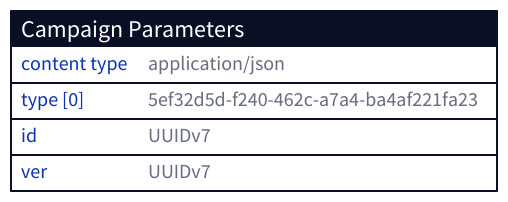
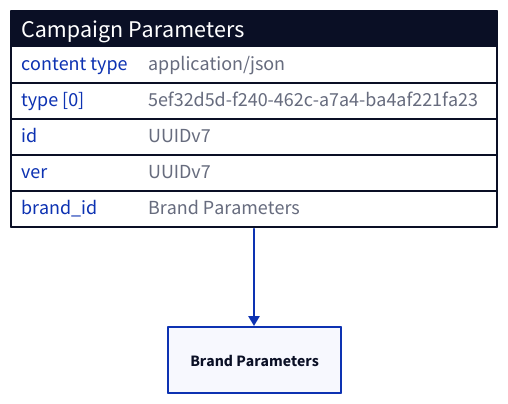
One commit to input-output-hk/catalyst-libs changed the diagram in docs/src/architecture/08_concepts/signed_doc/docs/campaign_parameters.md. Above: the diagram before and after it, drawn with D2. The commit also changed other lines of this file and 31 other files, not shown here.

````diff
--- a/docs/src/architecture/08_concepts/signed_doc/docs/campaign_parameters.md
+++ b/docs/src/architecture/08_concepts/signed_doc/docs/campaign_parameters.md
@@ -7,10 +7,13 @@
 ```d2 layout="elk"
 "Campaign Parameters": {
   shape: sql_table
   "content type": application/json
   "type [0]": 5ef32d5d-f240-462c-a7a4-ba4af221fa23
   "id": UUIDv7
   "ver": UUIDv7
+  "brand_id": Brand Parameters
 
 }
+
+"Campaign Parameters"."brand_id"->"Brand Parameters"
 ```
````
